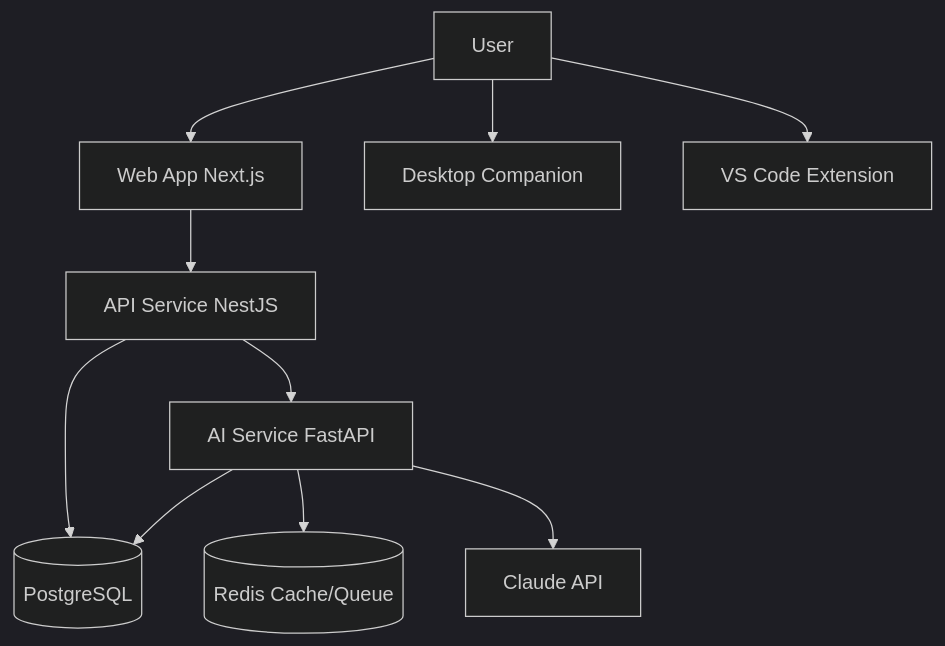
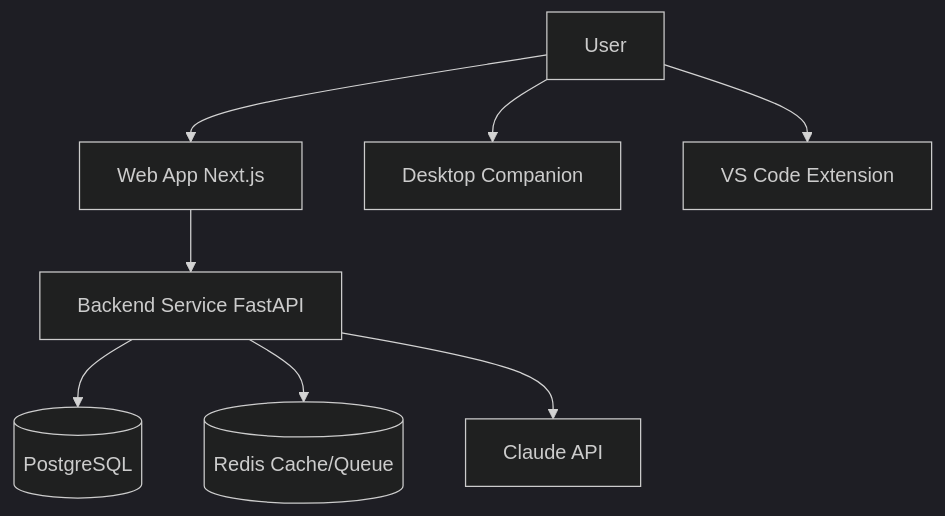
One commit to Driftloom/Vaeloom changed the diagram in docs/architecture/High-Level-Design.md. Above: the diagram before and after it, drawn with Mermaid (dark theme). The commit also changed other lines of this file and 159 other files, not shown here.

````diff
--- a/docs/architecture/High-Level-Design.md
+++ b/docs/architecture/High-Level-Design.md
@@ -9,12 +9,10 @@
 ```mermaid
 graph TD
     User[User] --> Web[Web App Next.js]
     User --> Desktop[Desktop Companion]
     User --> VSCode[VS Code Extension]
-    Web --> API[API Service NestJS]
-    API --> AI[AI Service FastAPI]
+    Web --> API[Backend Service FastAPI]
     API --> PG[(PostgreSQL)]
-    AI --> PG
-    AI --> Redis[(Redis Cache/Queue)]
-    AI --> Claude[Claude API]
+    API --> Redis[(Redis Cache/Queue)]
+    API --> Claude[Claude API]
 ```
````
